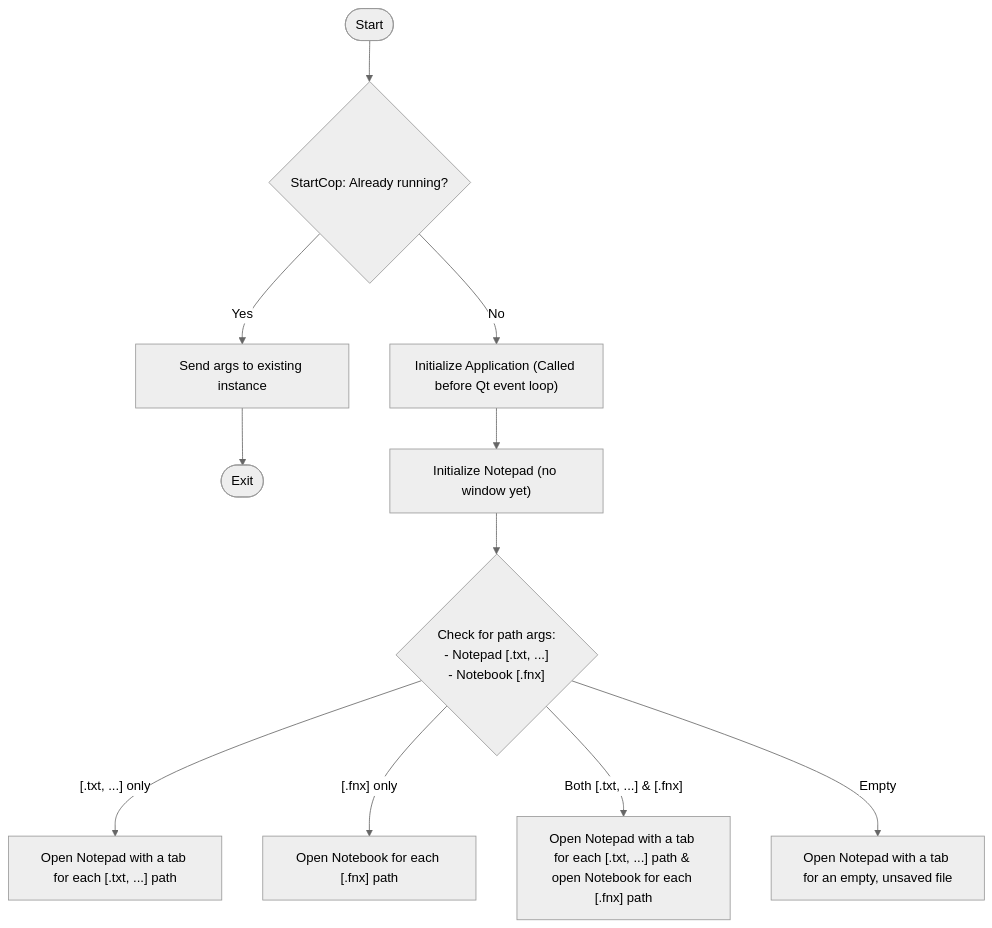
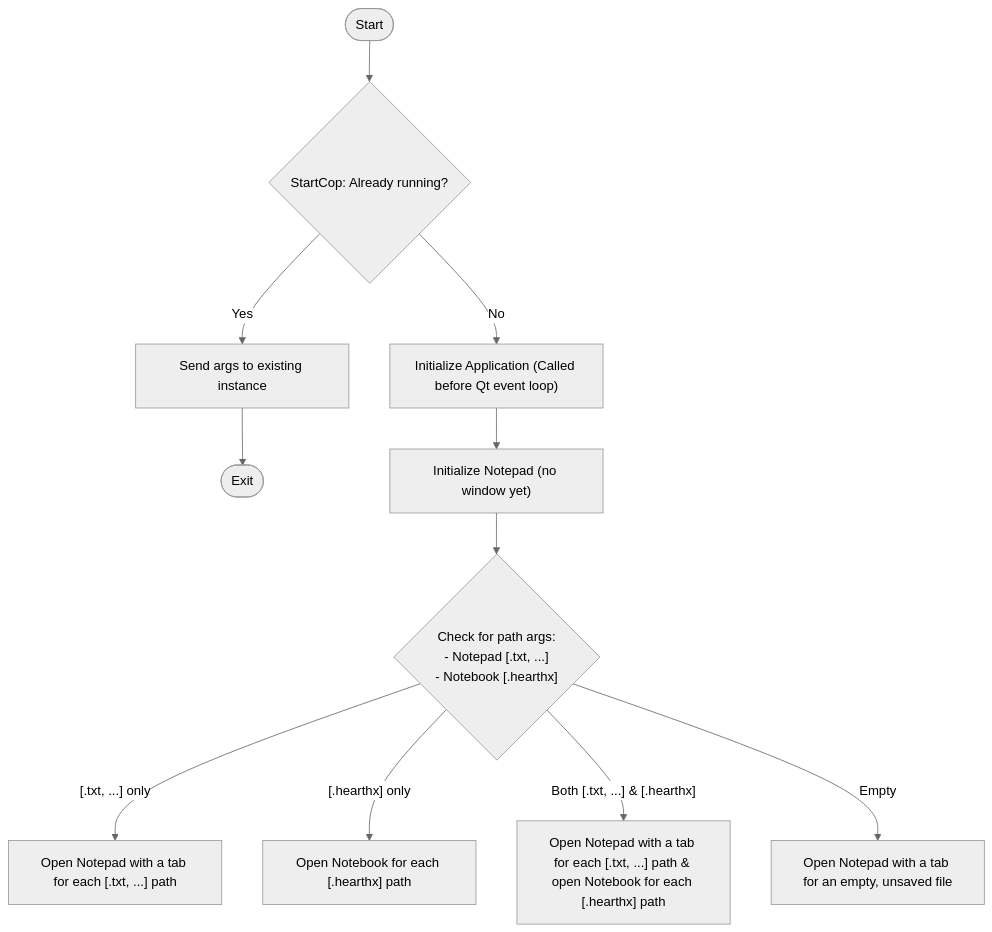
The diagram in Hearth/old/old_StartupFlowchart.md (fairybow/Fernanda), drawn with Mermaid (neutral theme) before and after one commit. The commit also changed 17 other files, not shown here.

````diff
--- a/Hearth/old/old_StartupFlowchart.md
+++ b/Hearth/old/old_StartupFlowchart.md
@@ -3,15 +3,15 @@
 ```mermaid
 flowchart TD
     Start([Start]) --> StartCop{"StartCop: Already running?"}
     StartCop -->|Yes| SendArgs["Send args to existing instance"]
     SendArgs --> Exit1(["Exit"])
     StartCop -->|No| InitApp["Initialize Application (Called before Qt event loop)"]
 
     InitApp --> InitNotepad["Initialize Notepad (no window yet)"]
-    InitNotepad --> CheckArgs{"Check for path args:<br>- Notepad [.txt, ...]<br>- Notebook [.fnx]"}
+    InitNotepad --> CheckArgs{"Check for path args:<br>- Notepad [.txt, ...]<br>- Notebook [.hearthx]"}
 
     CheckArgs -->|"[.txt, ...] only"| ArgsTxtOpenNotepad["Open Notepad with a tab for each [.txt, ...] path"]
-    CheckArgs -->|"[.fnx] only"| ArgsFnxOpenNotebook["Open Notebook for each [.fnx] path"]
-    CheckArgs -->|"Both [.txt, ...] & [.fnx]"| ArgsTxtFnxOpenNotepadNotebook["Open Notepad with a tab for each [.txt, ...] path & open Notebook for each [.fnx] path"]
+    CheckArgs -->|"[.hearthx] only"| ArgsFnxOpenNotebook["Open Notebook for each [.hearthx] path"]
+    CheckArgs -->|"Both [.txt, ...] & [.hearthx]"| ArgsTxtFnxOpenNotepadNotebook["Open Notepad with a tab for each [.txt, ...] path & open Notebook for each [.hearthx] path"]
     CheckArgs -->|"Empty"| ArgsNoneOpenNotepad["Open Notepad with a tab for an empty, unsaved file"]
 ```
````
